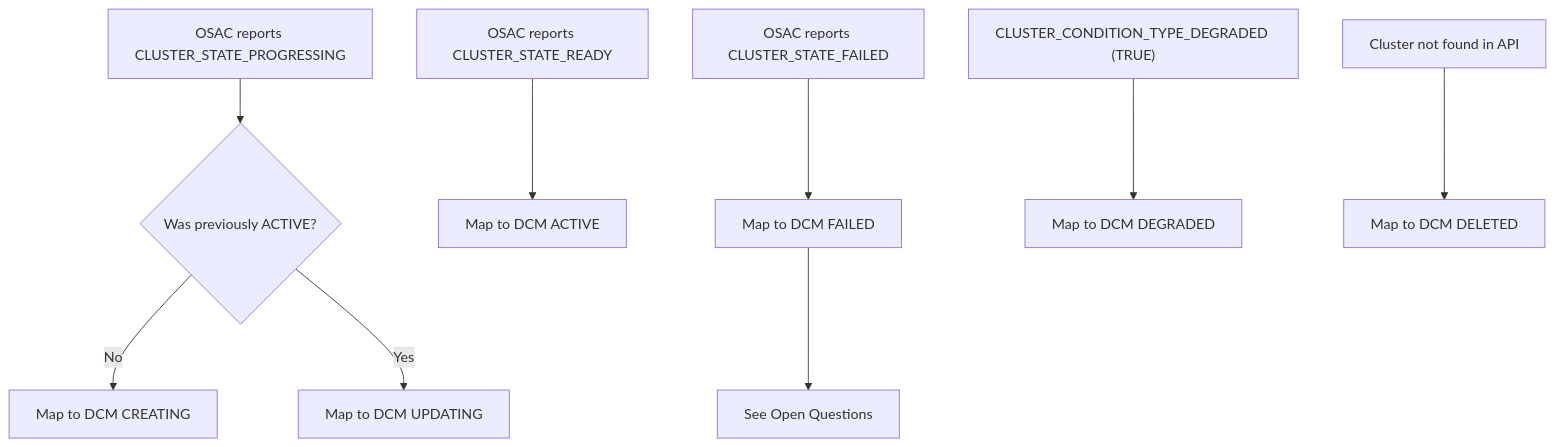
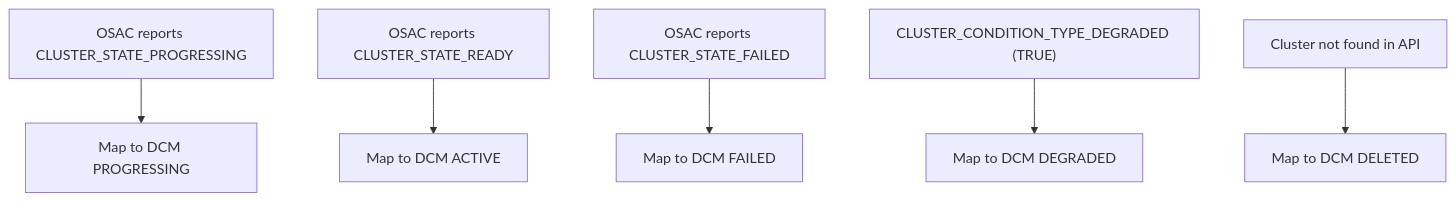
The fifth of 5 diagrams in enhancements/osac-sp/osac-sp.md (dcm-project/enhancements), drawn with Mermaid before and after one commit. The commit also changed other lines of this file, not shown here.

First line of the commit message:
osac-sp: consume PROGRESSING/FAILED cluster status enum (#84)

````diff
--- a/enhancements/osac-sp/osac-sp.md
+++ b/enhancements/osac-sp/osac-sp.md
@@ -945,11 +934,8 @@
 ```mermaid
 flowchart TD
-    A[OSAC reports CLUSTER_STATE_PROGRESSING] --> B{Was previously ACTIVE?}
-    B -->|No| C[Map to DCM CREATING]
-    B -->|Yes| D[Map to DCM UPDATING]
+    A[OSAC reports CLUSTER_STATE_PROGRESSING] --> B[Map to DCM PROGRESSING]
     E[OSAC reports CLUSTER_STATE_READY] --> F[Map to DCM ACTIVE]
     G[OSAC reports CLUSTER_STATE_FAILED] --> H[Map to DCM FAILED]
-    H --> I[See Open Questions]
     J["CLUSTER_CONDITION_TYPE_DEGRADED (TRUE)"] --> K[Map to DCM DEGRADED]
     L[Cluster not found in API] --> M[Map to DCM DELETED]
 ```
````
